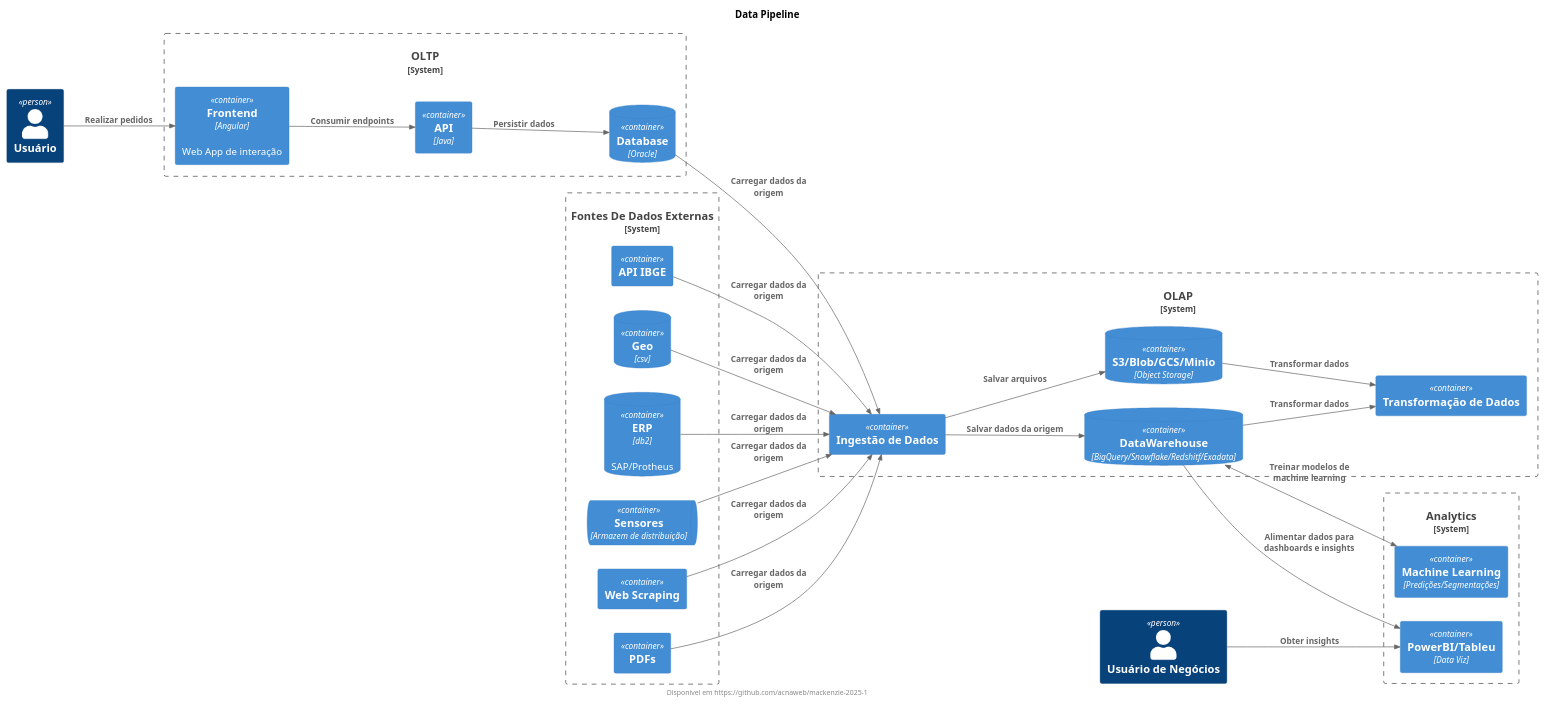
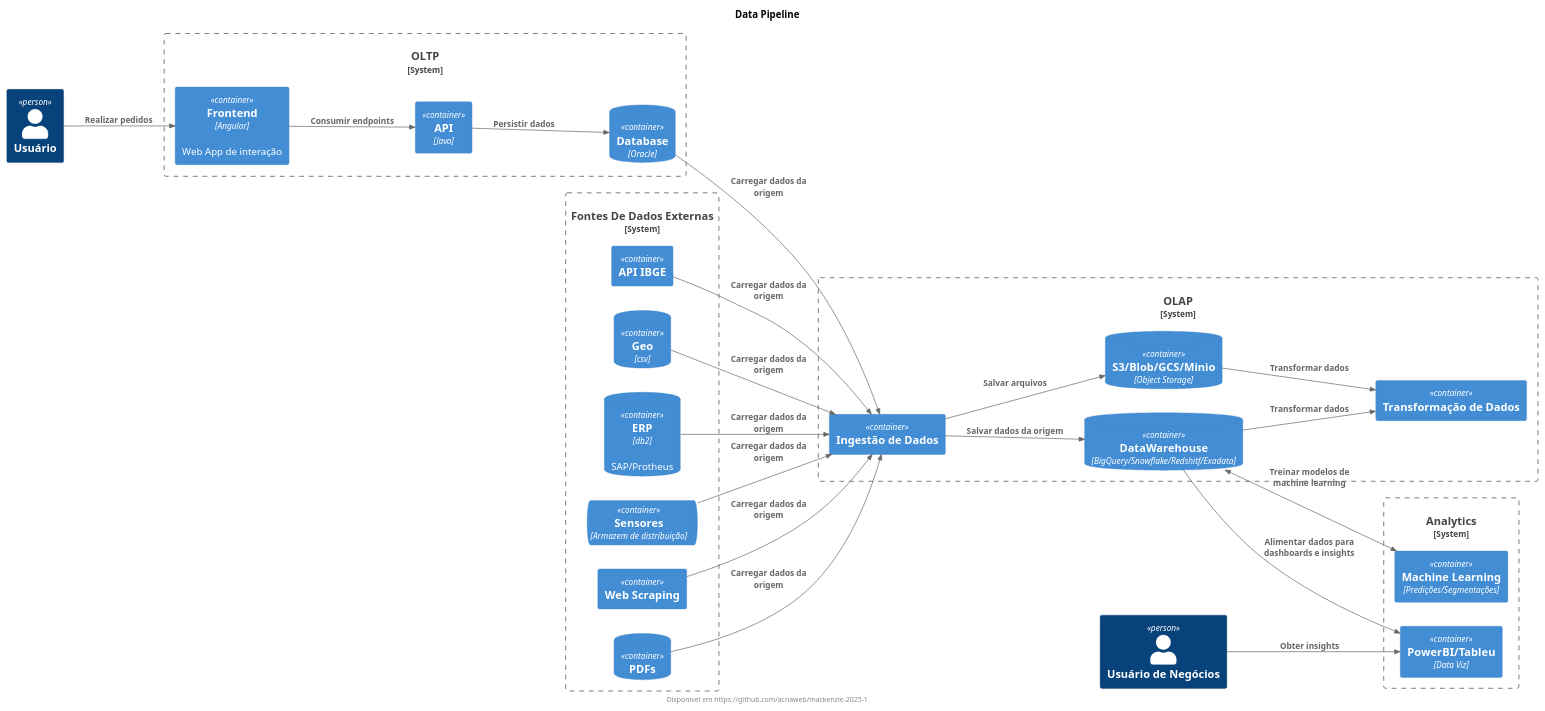
One commit to acnaweb/mackenzie-2025-1 changed the diagram in diagrams/data_pipeline.puml. Above: the diagram before and after it, drawn with PlantUML. The commit also changed 1 other file, not shown here.

```diff
--- a/diagrams/data_pipeline.puml
+++ b/diagrams/data_pipeline.puml
@@ -1,59 +1,59 @@
 @startuml diagram
 title Data Pipeline
 footer Disponível em https://github.com/acnaweb/mackenzie-2025-1
 
 !include https://raw.githubusercontent.com/plantuml-stdlib/C4-PlantUML/master/C4_Context.puml
 !include https://raw.githubusercontent.com/plantuml-stdlib/C4-PlantUML/master/C4_Container.puml
 
 LAYOUT_LANDSCAPE()
 
 Person(user, "Usuário")
 Person(user_business, "Usuário de Negócios")
 
 System_Boundary(oltp, "OLTP"){
     Container(frontend, "Frontend", "Angular", "Web App de interação")
     Container(api, "API", "Java")
     ContainerDb(db, "Database", "Oracle")
 }
 
 System_Boundary(data_sources, "Fontes De Dados Externas"){
     Container(ibge, "API IBGE")
     ContainerDb(correio, "Geo", "csv")
     ContainerDb(erp, "ERP", "db2", "SAP/Protheus")
     ContainerQueue(iot, "Sensores", "Armazem de distribuição")
     Container(scraping, "Web Scraping")
-    Container(pdf, "PDFs")
+    ContainerDb(pdf, "PDFs")
 }
 System_Boundary(olap, "OLAP"){
     Container(extraction, "Ingestão de Dados")
     ContainerDb(object_storage, "S3/Blob/GCS/Minio", "Object Storage")
     ContainerDb(dw, "DataWarehouse", "BigQuery/Snowflake/Redshitf/Exadata")
     Container(transformation, "Transformação de Dados")
 
     Rel(extraction, dw, "Salvar dados da origem")
     Rel(extraction, object_storage, "Salvar arquivos")
     Rel(dw, transformation, "Transformar dados")
     Rel(object_storage, transformation, "Transformar dados")
 }
 
 System_Boundary(analytics, "Analytics"){
     Container(dataviz, "PowerBI/Tableu", "Data Viz")
     Container(ml, "Machine Learning", "Predições/Segmentações")
 }
 
 Rel(user, frontend, "Realizar pedidos")
 Rel(user_business, dataviz, "Obter insights")
 
 Rel(frontend, api, "Consumir endpoints")
 Rel(api, db, "Persistir dados")
 Rel(db, extraction, "Carregar dados da origem")
 Rel(ibge, extraction, "Carregar dados da origem")
 Rel(correio, extraction, "Carregar dados da origem")
 Rel(erp, extraction, "Carregar dados da origem")
 Rel(iot, extraction, "Carregar dados da origem")
 Rel(scraping, extraction, "Carregar dados da origem")
 Rel(pdf, extraction, "Carregar dados da origem")
 Rel(dw, dataviz, "Alimentar dados para dashboards e insights")
 BiRel(dw, ml, "Treinar modelos de machine learning")
 
 @enduml
```
